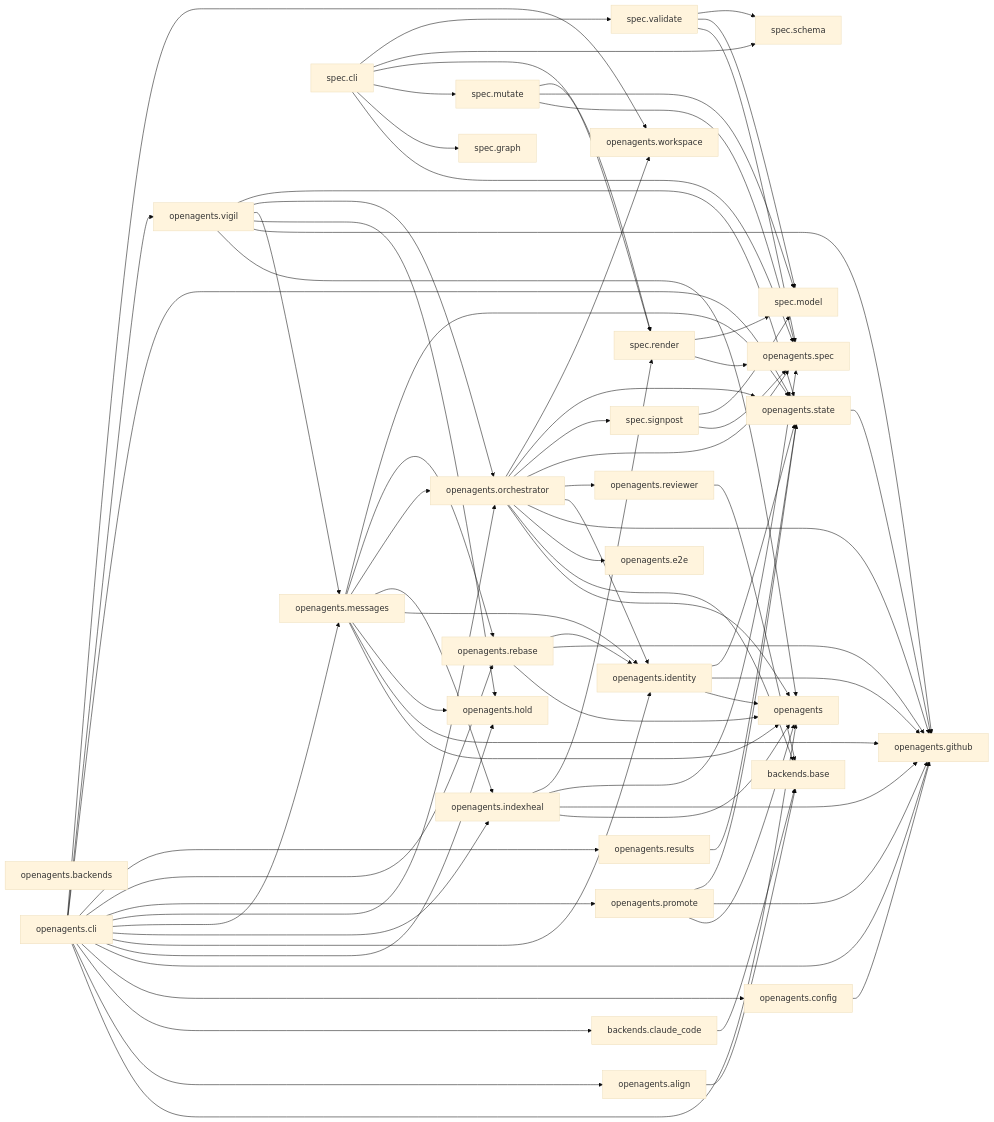
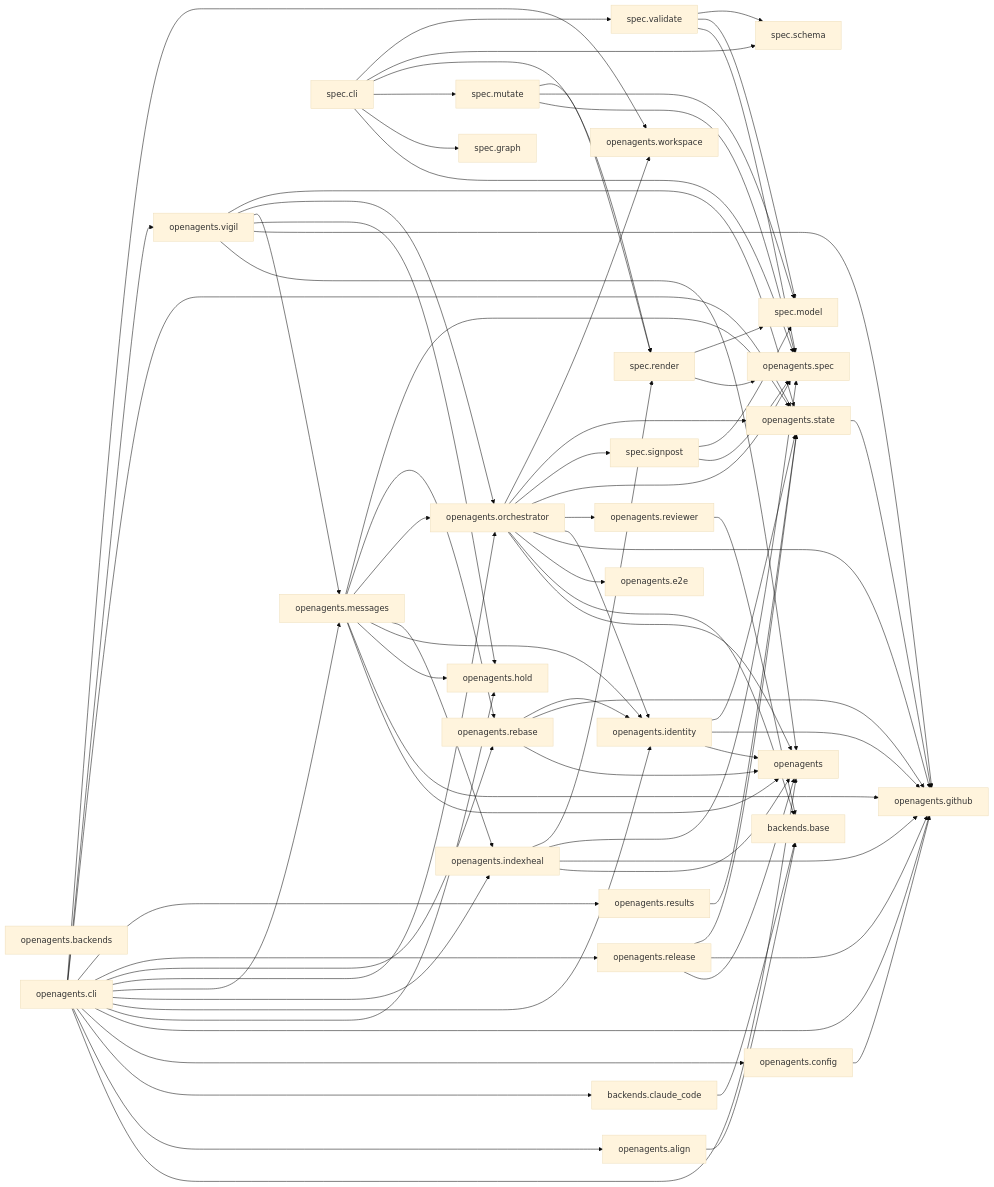
The diagram in docs/specs/ARCHITECTURE.md (Curry09/OpenAgents), drawn with Mermaid (base theme) before and after one commit. The commit also changed other lines of this file and 21 other files, not shown here.

```diff
--- a/docs/specs/ARCHITECTURE.md
+++ b/docs/specs/ARCHITECTURE.md
@@ -73,8 +73,8 @@
     nopenagents_indexheal["openagents.indexheal"]
     nopenagents_messages["openagents.messages"]
     nopenagents_orchestrator["openagents.orchestrator"]
-    nopenagents_promote["openagents.promote"]
     nopenagents_rebase["openagents.rebase"]
+    nopenagents_release["openagents.release"]
     nopenagents_results["openagents.results"]
     nopenagents_reviewer["openagents.reviewer"]
     nopenagents_spec["openagents.spec"]
@@ -101,8 +101,8 @@
     nopenagents_cli --> nopenagents_indexheal
     nopenagents_cli --> nopenagents_messages
     nopenagents_cli --> nopenagents_orchestrator
-    nopenagents_cli --> nopenagents_promote
     nopenagents_cli --> nopenagents_rebase
+    nopenagents_cli --> nopenagents_release
     nopenagents_cli --> nopenagents_results
     nopenagents_cli --> nopenagents_state
     nopenagents_cli --> nopenagents_vigil
@@ -133,12 +133,12 @@
     nopenagents_orchestrator --> nopenagents_spec_signpost
     nopenagents_orchestrator --> nopenagents_state
     nopenagents_orchestrator --> nopenagents_workspace
-    nopenagents_promote --> nopenagents
-    nopenagents_promote --> nopenagents_github
-    nopenagents_promote --> nopenagents_state
     nopenagents_rebase --> nopenagents
     nopenagents_rebase --> nopenagents_github
     nopenagents_rebase --> nopenagents_identity
+    nopenagents_release --> nopenagents
+    nopenagents_release --> nopenagents_github
+    nopenagents_release --> nopenagents_state
     nopenagents_results --> nopenagents_state
     nopenagents_reviewer --> nopenagents_backends_base
     nopenagents_spec_cli --> nopenagents_spec
```
